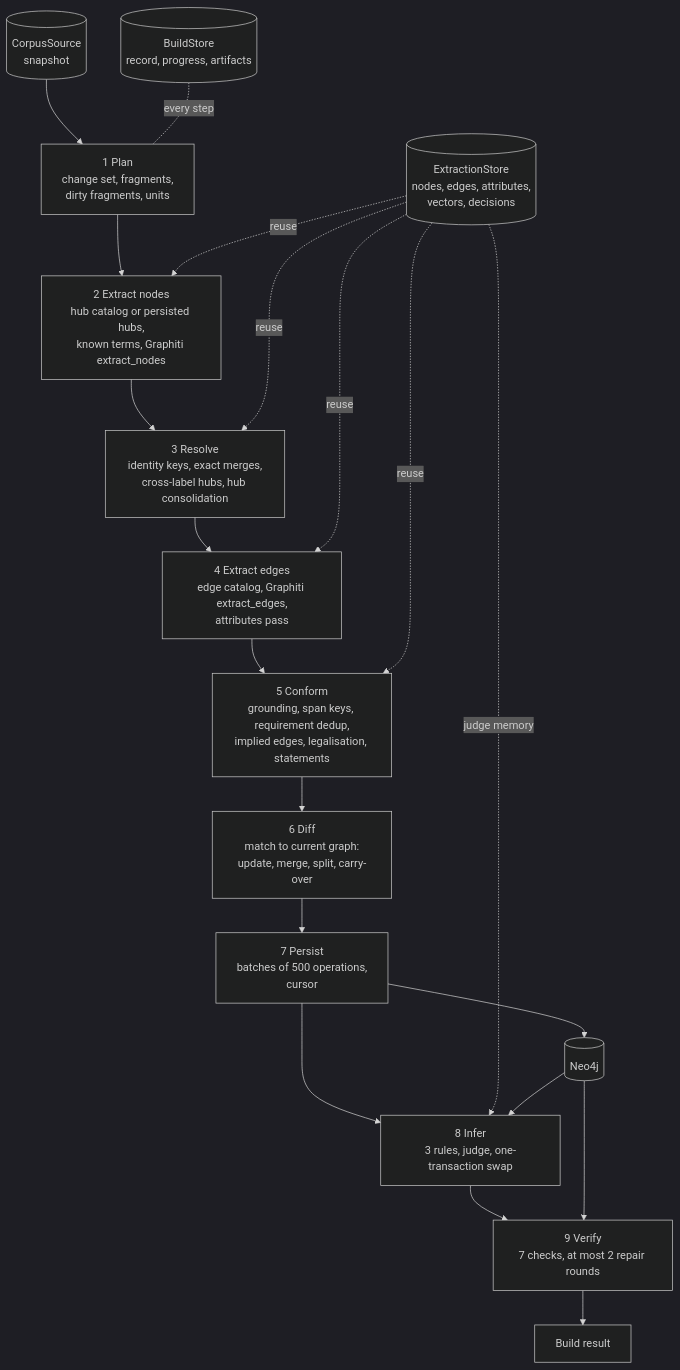
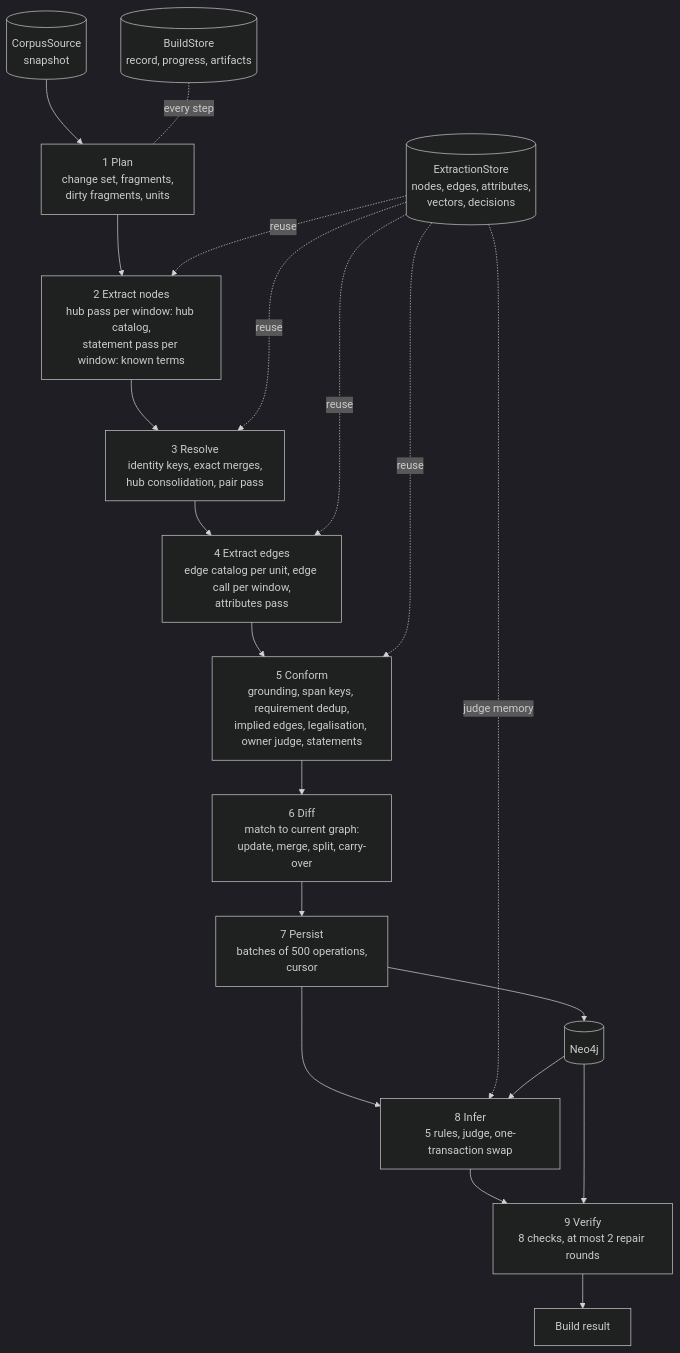
The diagram in docs/graph/how-it-works.md (griddynamics/specflow), drawn with Mermaid (dark theme) before and after one commit. The commit also changed other lines of this file and 12 other files, not shown here.

First line of the commit message:
docs(graph): align the graph docs with the new ontology version and the build code

````diff
--- a/docs/graph/how-it-works.md
+++ b/docs/graph/how-it-works.md
@@ -254,22 +286,22 @@
 ```mermaid
 flowchart TD
     CS[(CorpusSource<br/>snapshot)] --> P
     P["1 Plan<br/>change set, fragments,<br/>dirty fragments, units"] --> N
-    N["2 Extract nodes<br/>hub catalog or persisted hubs,<br/>known terms, Graphiti extract_nodes"] --> R
-    R["3 Resolve<br/>identity keys, exact merges,<br/>cross-label hubs, hub consolidation"] --> E
-    E["4 Extract edges<br/>edge catalog, Graphiti extract_edges,<br/>attributes pass"] --> C
-    C["5 Conform<br/>grounding, span keys, requirement dedup,<br/>implied edges, legalisation, statements"] --> D
+    N["2 Extract nodes<br/>hub pass per window: hub catalog,<br/>statement pass per window: known terms"] --> R
+    R["3 Resolve<br/>identity keys, exact merges,<br/>hub consolidation, pair pass"] --> E
+    E["4 Extract edges<br/>edge catalog per unit, edge call per window,<br/>attributes pass"] --> C
+    C["5 Conform<br/>grounding, span keys, requirement dedup,<br/>implied edges, legalisation, owner judge, statements"] --> D
     D["6 Diff<br/>match to current graph:<br/>update, merge, split, carry-over"] --> W
     W["7 Persist<br/>batches of 500 operations,<br/>cursor"] --> I
-    I["8 Infer<br/>3 rules, judge, one-transaction swap"] --> V
-    V["9 Verify<br/>7 checks, at most 2 repair rounds"] --> BR[Build result]
+    I["8 Infer<br/>5 rules, judge, one-transaction swap"] --> V
+    V["9 Verify<br/>8 checks, at most 2 repair rounds"] --> BR[Build result]
     ES[(ExtractionStore<br/>nodes, edges, attributes,<br/>vectors, decisions)] -. reuse .-> N
     ES -. reuse .-> R
     ES -. reuse .-> E
     ES -. reuse .-> C
     ES -. judge memory .-> I
     W --> NEO[(Neo4j)]
     NEO --> I
     NEO --> V
     BS[(BuildStore<br/>record, progress, artifacts)] -. every step .- P
 ```
````
